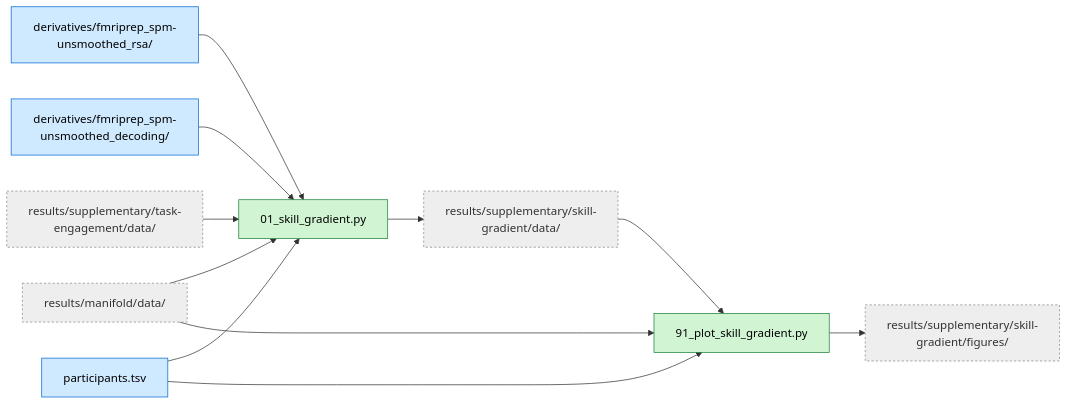
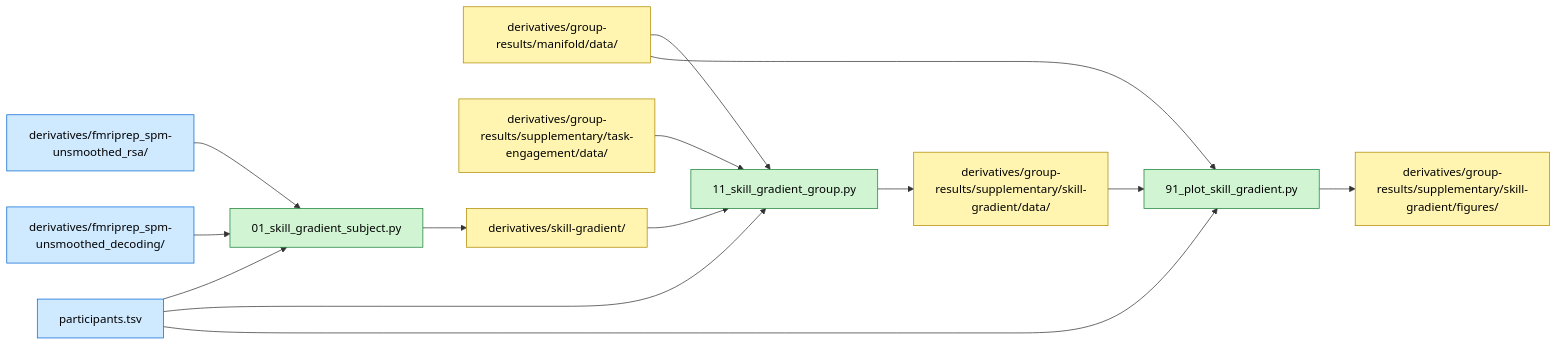
The diagram in chess-supplementary/skill-gradient/README.md (costantinoai/chess-expertise-2025), drawn with Mermaid before and after one commit. The commit also changed other lines of this file and 59 other files, not shown here.

````diff
--- a/chess-supplementary/skill-gradient/README.md
+++ b/chess-supplementary/skill-gradient/README.md
@@ -24,28 +24,34 @@
 ```mermaid
 flowchart LR
-  classDef in fill:#cfe9ff,stroke:#0366d6,color:#000
-  classDef sc fill:#d1f5d3,stroke:#1a7f37,color:#000
-  classDef rl fill:#eee,stroke:#888,stroke-dasharray:3 3,color:#333
+ classDef in fill:#cfe9ff,stroke:#0366d6,color:#000
+ classDef out fill:#fff5b1,stroke:#b08800,color:#000
+ classDef sc fill:#d1f5d3,stroke:#1a7f37,color:#000
 
-  PT[participants.tsv]:::in
-  MR[derivatives/fmriprep_spm-unsmoothed_rsa/]:::in
-  MD[derivatives/fmriprep_spm-unsmoothed_decoding/]:::in
-  MANDATA["results/manifold/data/"]:::rl
-  TASKDATA["results/supplementary/task-engagement/data/"]:::rl
+ PT[participants.tsv]:::in
+ MR[derivatives/fmriprep_spm-unsmoothed_rsa/]:::in
+ MD[derivatives/fmriprep_spm-unsmoothed_decoding/]:::in
+ MANDATA["derivatives/group-results/manifold/data/"]:::out
+ TASKDATA["derivatives/group-results/supplementary/task-engagement/data/"]:::out
 
-  SG01["01_skill_gradient.py"]:::sc
-  SG91["91_plot_skill_gradient.py"]:::sc
-  DATA["results/supplementary/skill-gradient/data/"]:::rl
-  FIGURES["results/supplementary/skill-gradient/figures/"]:::rl
+ SG01["01_skill_gradient_subject.py"]:::sc
+ SG11["11_skill_gradient_group.py"]:::sc
+ SG91["91_plot_skill_gradient.py"]:::sc
+ DERIV[derivatives/skill-gradient/]:::out
+ DATA["derivatives/group-results/supplementary/skill-gradient/data/"]:::out
+ FIGURES["derivatives/group-results/supplementary/skill-gradient/figures/"]:::out
 
-  MR --> SG01
-  MD --> SG01
-  MANDATA --> SG01
-  TASKDATA --> SG01
-  PT --> SG01
-  SG01 --> DATA
+ MR --> SG01
+ MD --> SG01
+ PT --> SG01
+ SG01 --> DERIV
 
-  DATA --> SG91 --> FIGURES
-  MANDATA --> SG91
-  PT --> SG91
+ DERIV --> SG11
+ MANDATA --> SG11
+ TASKDATA --> SG11
+ PT --> SG11
+ SG11 --> DATA
+
+ DATA --> SG91 --> FIGURES
+ MANDATA --> SG91
+ PT --> SG91
 ```
````
